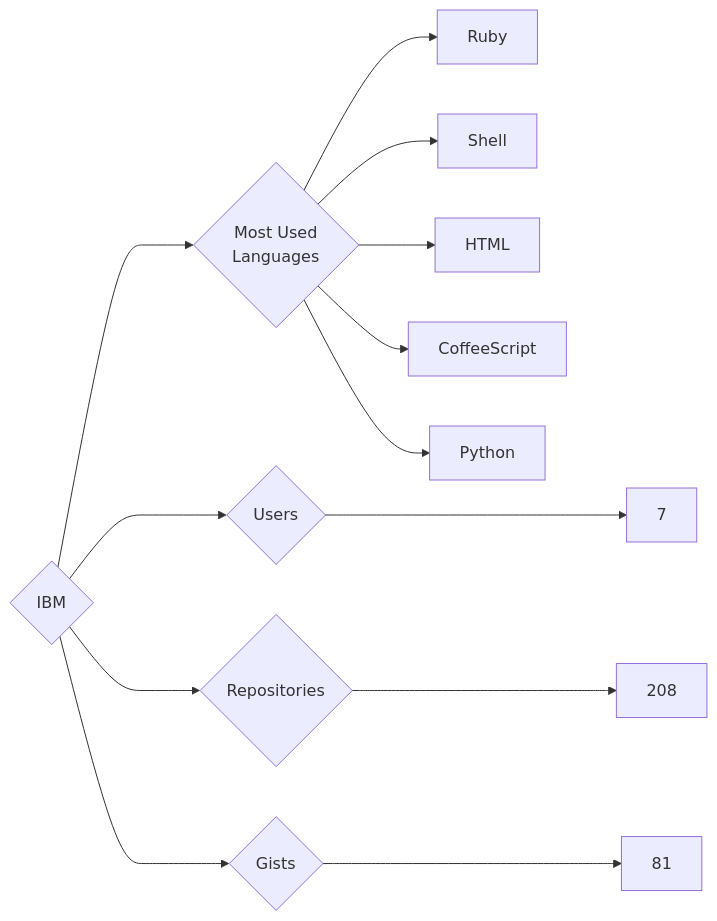
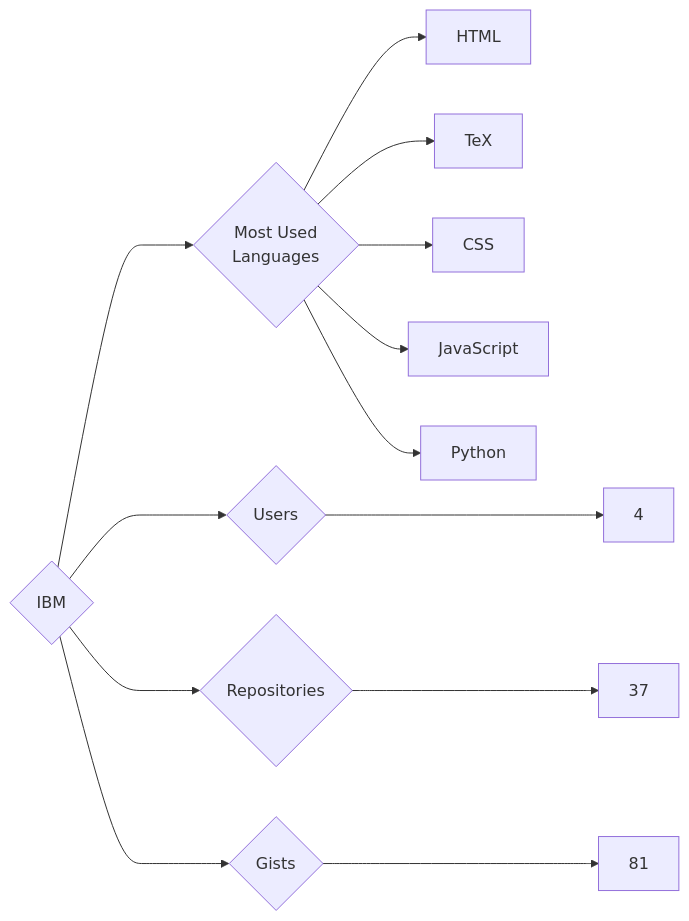
The diagram in targets/IBM/README.md (trickest/insiders), drawn with Mermaid before and after one commit. The commit also changed 865 other files, not shown here.

````diff
--- a/targets/IBM/README.md
+++ b/targets/IBM/README.md
@@ -3,13 +3,13 @@
 ```mermaid
 graph LR
 COMPANY_NAME{IBM}
-COMPANY_NAME ---> U{Users} ---> UN[7]
-COMPANY_NAME ---> R{Repositories} ---> RN[208]
+COMPANY_NAME ---> U{Users} ---> UN[4]
+COMPANY_NAME ---> R{Repositories} ---> RN[37]
 COMPANY_NAME ---> G{Gists} ---> GN[81]
 COMPANY_NAME ---> ML{Most Used<br>Languages}
-ML --> Ruby[Ruby]
-ML --> Shell[Shell]
 ML --> HTML[HTML]
-ML --> CoffeeScript[CoffeeScript]
+ML --> TeX[TeX]
+ML --> CSS[CSS]
+ML --> JavaScript[JavaScript]
 ML --> Python[Python]
 ```
````
